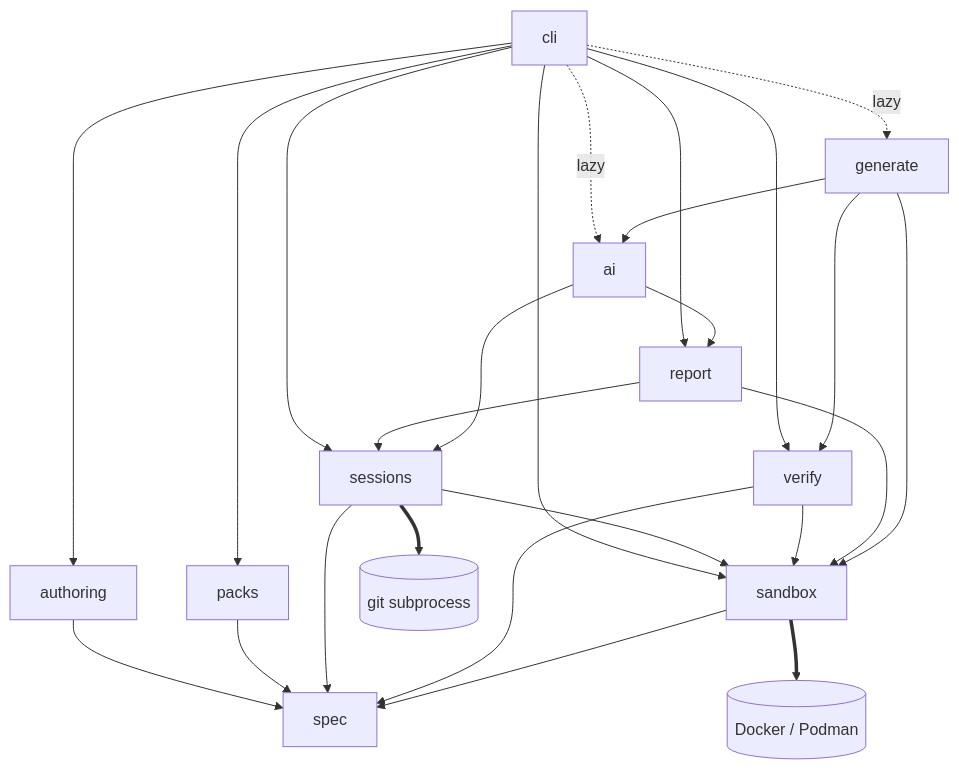
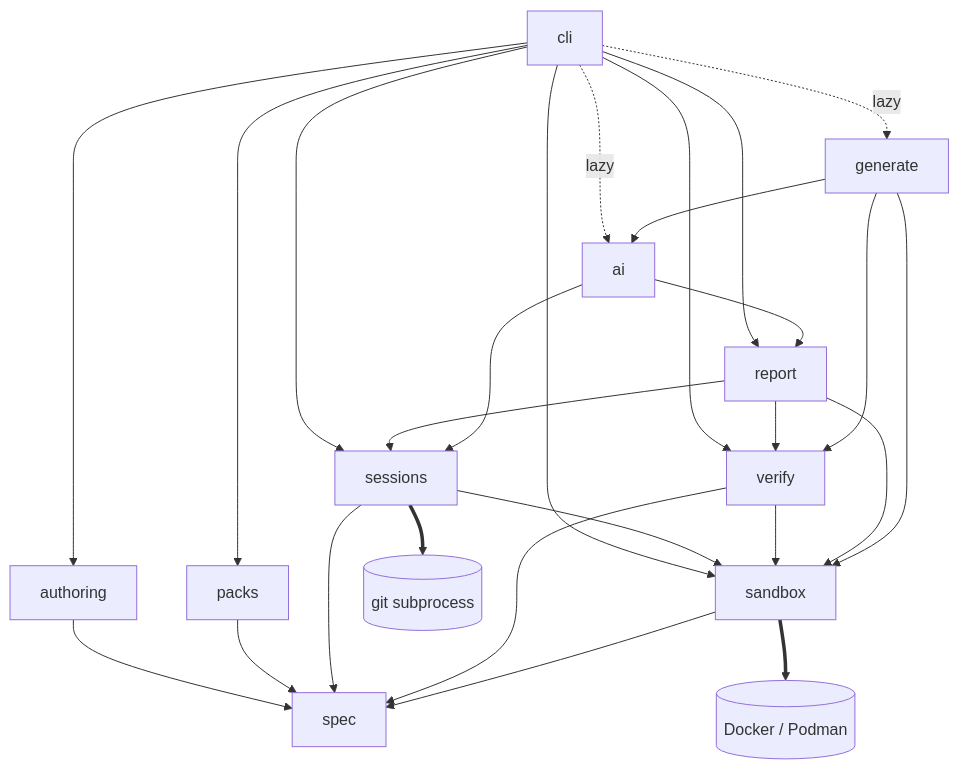
The diagram in architecture.md (franndeli/patchground), drawn with Mermaid before and after one commit. The commit also changed other lines of this file and 36 other files, not shown here.

````diff
--- a/architecture.md
+++ b/architecture.md
@@ -18,15 +18,15 @@
 ```mermaid
 flowchart TD
   cli --> authoring & packs & sessions & verify & report & sandbox
   authoring --> spec
   cli -. lazy .-> ai & generate
   packs --> spec
   sessions --> spec & sandbox
   verify --> spec & sandbox
-  report --> sessions & sandbox
+  report --> sessions & sandbox & verify
   sandbox --> spec
   ai --> report & sessions
   generate --> ai & sandbox & verify
   sandbox ==> docker[(Docker / Podman)]
   sessions ==> git[(git subprocess)]
 ```
````
